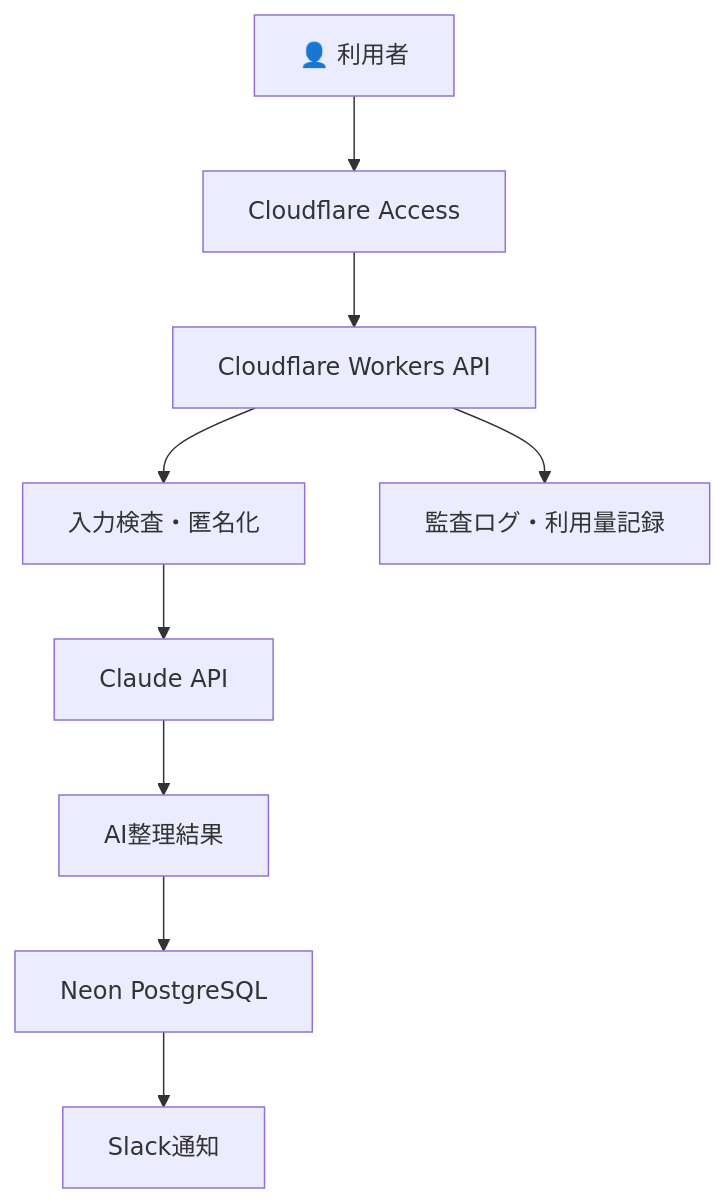
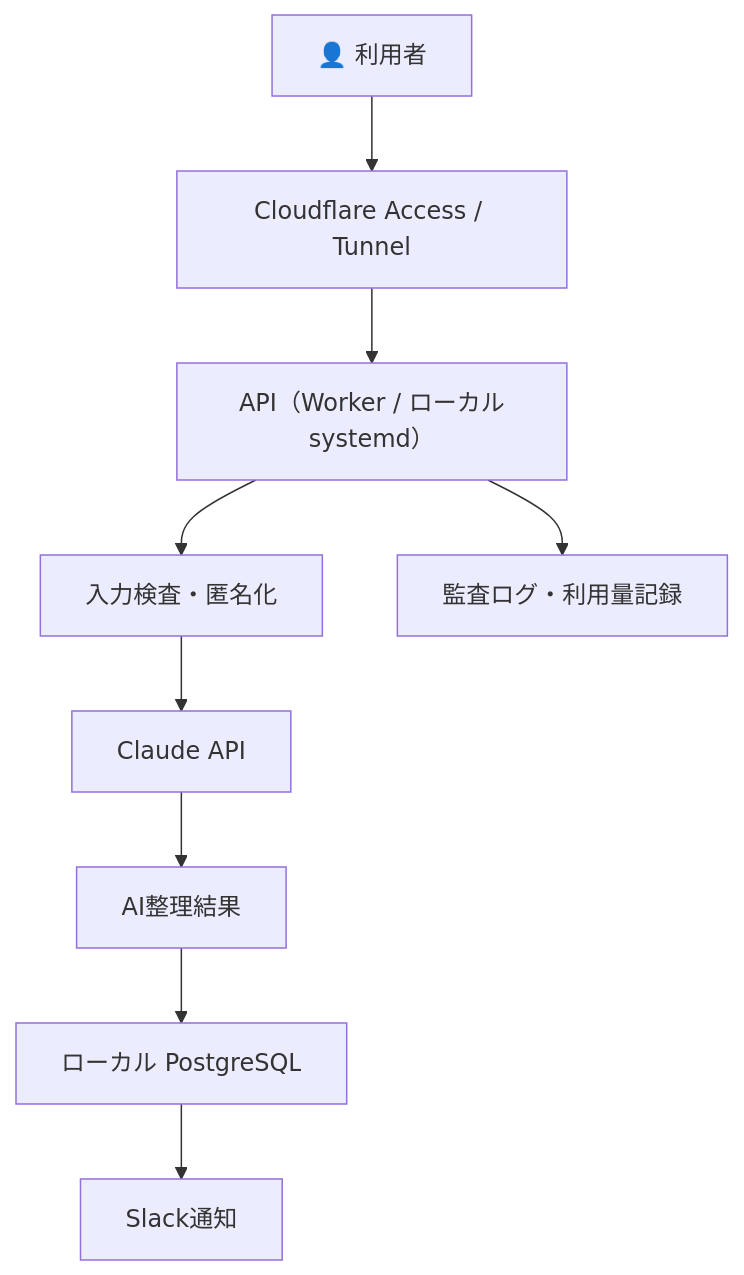
Before and after one commit to Kensan196948G/Construction-DX-Idea: the eighth of 11 diagrams in README.md, drawn with Mermaid. The commit also changed other lines of this file and 14 other files, not shown here.

````diff
--- a/README.md
+++ b/README.md
@@ -269,11 +270,11 @@
 ```mermaid
 flowchart TD
-    U["👤 利用者"] --> A["Cloudflare Access"]
-    A --> W["Cloudflare Workers API"]
+    U["👤 利用者"] --> A["Cloudflare Access / Tunnel"]
+    A --> W["API（Worker / ローカルsystemd）"]
     W --> S["入力検査・匿名化"]
     S --> AI["Claude API"]
     AI --> R["AI整理結果"]
-    R --> DB["Neon PostgreSQL"]
+    R --> DB["ローカル PostgreSQL"]
     DB --> N["Slack通知"]
     W --> L["監査ログ・利用量記録"]
 ```
````
